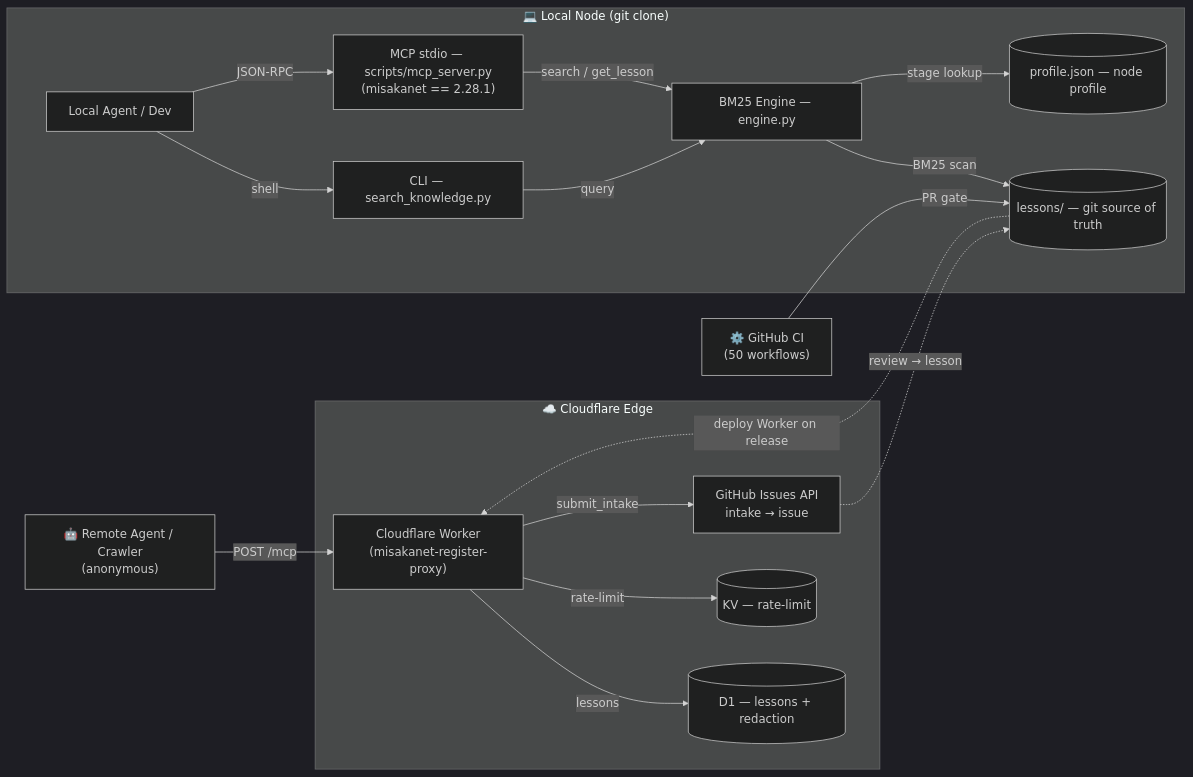
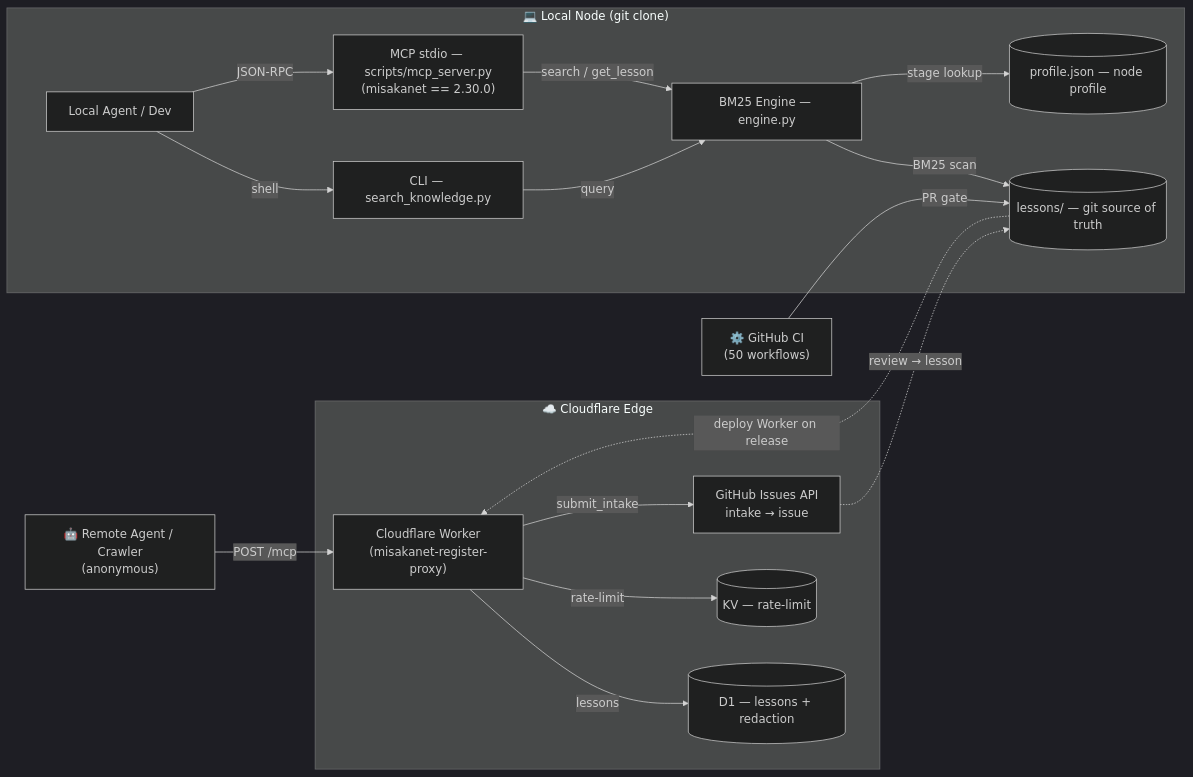
One commit to Ikalus1988/MisakaNet changed the diagram in README.md. Above: the diagram before and after it, drawn with Mermaid (dark theme). The commit also changed other lines of this file and 4 other files, not shown here.

````diff
--- a/README.md
+++ b/README.md
@@ -415,37 +415,37 @@
 ```mermaid
 flowchart LR
     subgraph Edge["☁️ Cloudflare Edge"]
         Worker["Cloudflare Worker<br/>(misakanet-register-proxy)"]
         D1[("D1 — lessons + redaction")]
         KV[("KV — rate-limit")]
         Intake["GitHub Issues API<br/>intake → issue"]
     end
 
     subgraph Local["💻 Local Node (git clone)"]
         User["Local Agent / Dev"]
         CLI["CLI — search_knowledge.py"]
-        MCP["MCP stdio — scripts/mcp_server.py<br/>(misakanet == 2.28.1)"]
+        MCP["MCP stdio — scripts/mcp_server.py<br/>(misakanet == 2.30.0)"]
         Engine["BM25 Engine — engine.py"]
         Lessons[("lessons/ — git source of truth")]
         Profile[("profile.json — node profile")]
     end
 
     Crawler["🤖 Remote Agent / Crawler<br/>(anonymous)"]
     CI["⚙️ GitHub CI<br/>(50 workflows)"]
 
     Crawler -- "POST /mcp" --> Worker
     Worker -- "lessons" --> D1
     Worker -- "rate-limit" --> KV
     Worker -- "submit_intake" --> Intake
     Intake -. "review → lesson" .-> Lessons
 
     User -- "shell" --> CLI
     User -- "JSON-RPC" --> MCP
     CLI -- "query" --> Engine
     MCP -- "search / get_lesson" --> Engine
     Engine -- "BM25 scan" --> Lessons
     Engine -- "stage lookup" --> Profile
 
     CI -- "PR gate" --> Lessons
     Lessons -. "deploy Worker on release" .-> Worker
 ```
````
